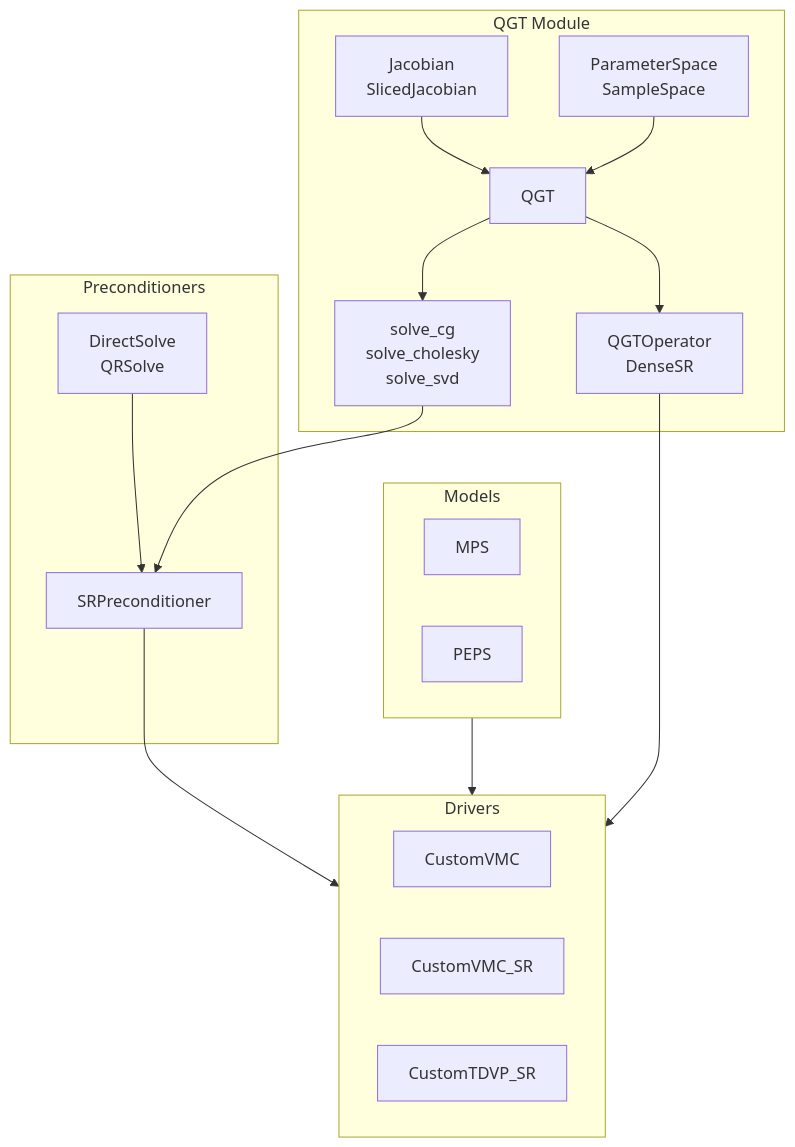
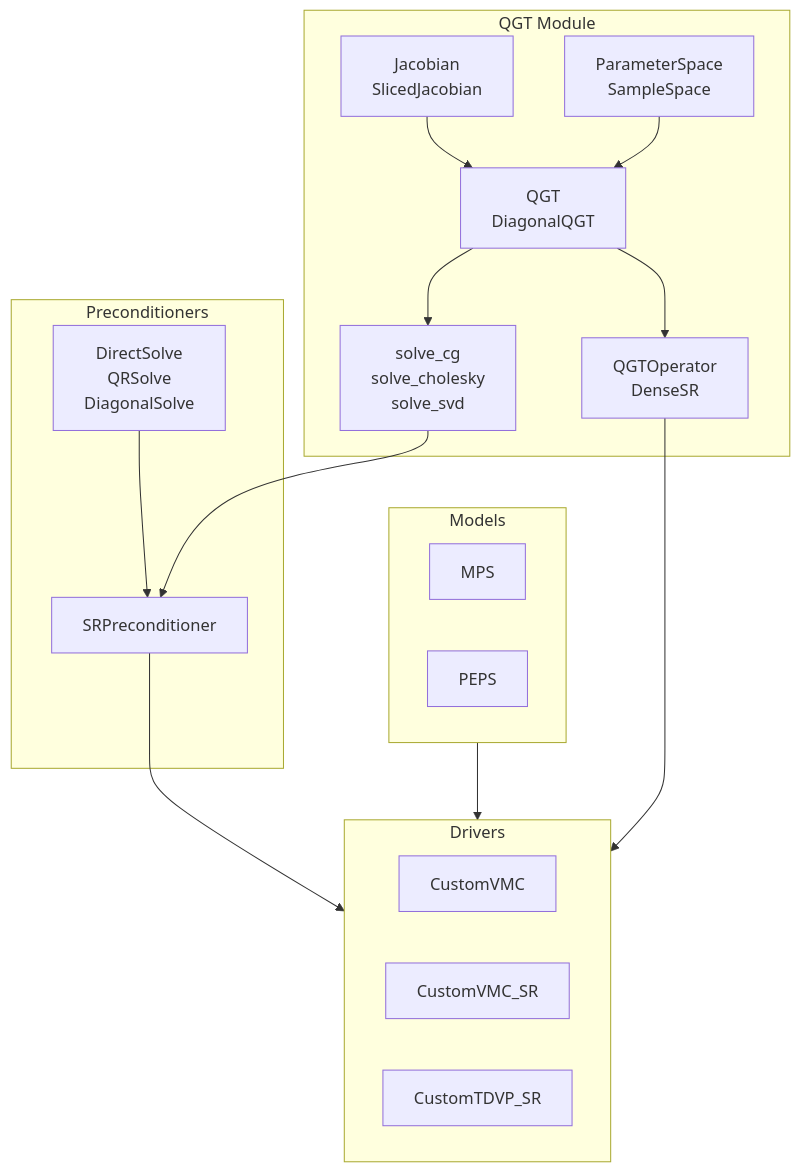
The third of 3 diagrams in DESIGN.md (fliingelephant/VMC), drawn with Mermaid before and after one commit. The commit also changed other lines of this file and 5 other files, not shown here.

Commit message:
Add block-diagonal QGT approximation and solve strategy

````diff
--- a/DESIGN.md
+++ b/DESIGN.md
@@ -112,36 +128,36 @@
 ```mermaid
 flowchart TD
     subgraph Models
         MPS["MPS"]
         PEPS["PEPS"]
     end
 
     subgraph QGT["QGT Module"]
         Jac["Jacobian<br/>SlicedJacobian"]
-        QGTCore["QGT"]
+        QGTCore["QGT<br/>DiagonalQGT"]
         Space["ParameterSpace<br/>SampleSpace"]
         Solvers["solve_cg<br/>solve_cholesky<br/>solve_svd"]
         NetKet["QGTOperator<br/>DenseSR"]
     end
 
     subgraph Preconditioners
         SRP["SRPreconditioner"]
-        Strategy["DirectSolve<br/>QRSolve"]
+        Strategy["DirectSolve<br/>QRSolve<br/>DiagonalSolve"]
     end
 
     subgraph Drivers
         CustomVMC["CustomVMC"]
         CustomSR["CustomVMC_SR"]
         TDVP["CustomTDVP_SR"]
     end
 
     Models --> Drivers
     Jac --> QGTCore
     Space --> QGTCore
     QGTCore --> Solvers
     QGTCore --> NetKet
     Solvers --> SRP
     Strategy --> SRP
     SRP --> Drivers
     NetKet --> Drivers
 ```
````
